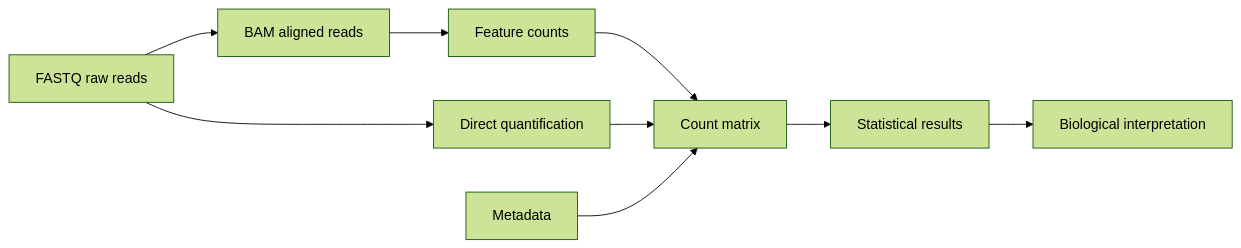
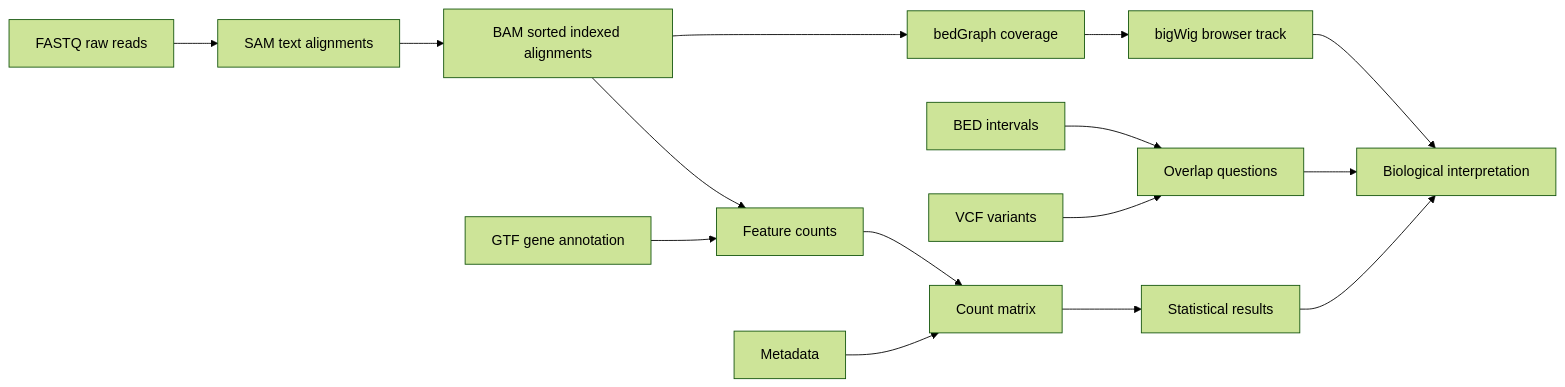
One commit to Caffeinated-Code/Bioinformatics-Field-Guide changed the diagram in content/posts/week-03-bioinformatics-file-types.md. Above: the diagram before and after it, drawn with Mermaid (forest theme). The commit also changed other lines of this file and 9 other files, not shown here.

````diff
--- a/content/posts/week-03-bioinformatics-file-types.md
+++ b/content/posts/week-03-bioinformatics-file-types.md
@@ -35,11 +40,17 @@
 ```mermaid
 flowchart LR
-  fastq[FASTQ raw reads] --> bam[BAM aligned reads]
-  bam --> counts[Feature counts]
-  fastq --> quant[Direct quantification]
-  counts --> matrix[Count matrix]
-  quant --> matrix
-  metadata[Metadata] --> matrix
-  matrix --> stats[Statistical results]
-  stats --> interpretation[Biological interpretation]
+  fastq["FASTQ raw reads"] --> sam["SAM text alignments"]
+  sam --> bam["BAM sorted indexed alignments"]
+  bam --> counts["Feature counts"]
+  bam --> bedgraph["bedGraph coverage"]
+  bedgraph --> bigwig["bigWig browser track"]
+  gtf["GTF gene annotation"] --> counts
+  bed["BED intervals"] --> overlap["Overlap questions"]
+  vcf["VCF variants"] --> overlap
+  counts --> matrix["Count matrix"]
+  metadata["Metadata"] --> matrix
+  matrix --> stats["Statistical results"]
+  bigwig --> interpretation["Biological interpretation"]
+  overlap --> interpretation
+  stats --> interpretation
 ```
````
